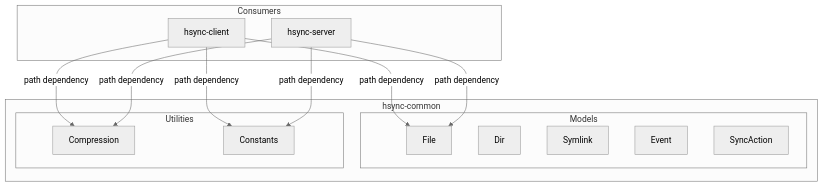
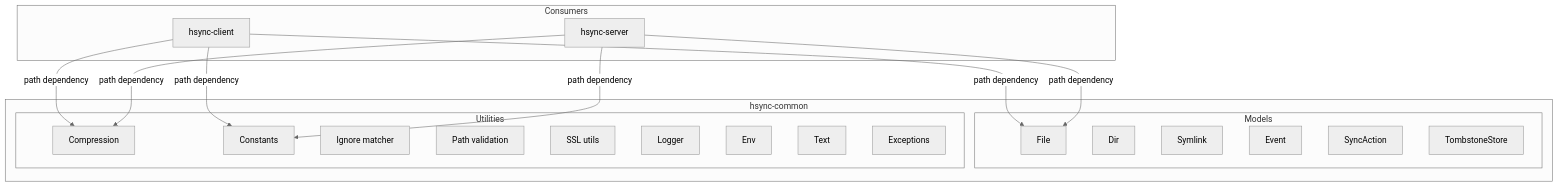
The diagram in docs/architecture.md (albertsdk/hsync-common), drawn with Mermaid (neutral theme) before and after one commit. The commit also changed other lines of this file and 3 other files, not shown here.

Commit message:
docs: align architecture docs with code, add SECURITY/CONTRIBUTING, drop CLAUDE.md

````diff
--- a/docs/architecture.md
+++ b/docs/architecture.md
@@ -9,29 +9,37 @@
 ```mermaid
 graph TB
     subgraph "hsync-common"
         subgraph "Models"
             FILE[File]
             DIR[Dir]
             SYMLINK[Symlink]
             EVENT[Event]
             SYNC[SyncAction]
+            TOMB[TombstoneStore]
         end
 
         subgraph "Utilities"
             COMP[Compression]
             CONST[Constants]
+            IGN[Ignore matcher]
+            PATH[Path validation]
+            SSL[SSL utils]
+            LOG[Logger]
+            ENV[Env]
+            TXT[Text]
+            EXC[Exceptions]
         end
     end
 
     subgraph "Consumers"
         CLIENT[hsync-client]
         SERVER[hsync-server]
     end
 
     CLIENT -->|"path dependency"| FILE
     CLIENT -->|"path dependency"| COMP
     CLIENT -->|"path dependency"| CONST
     SERVER -->|"path dependency"| FILE
     SERVER -->|"path dependency"| COMP
     SERVER -->|"path dependency"| CONST
 ```
````
